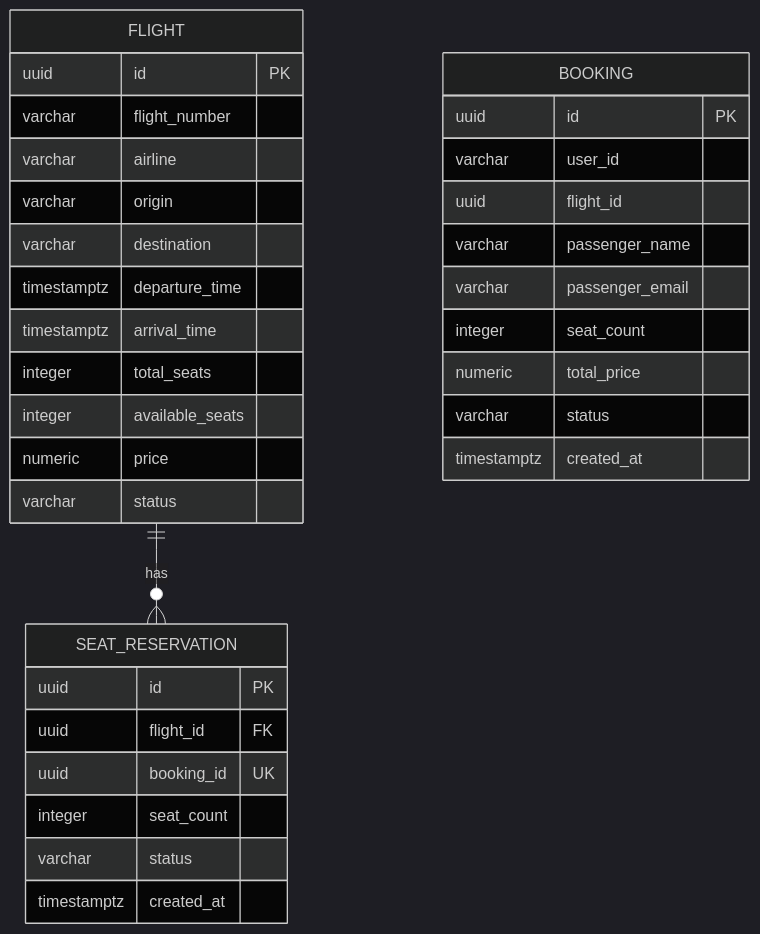
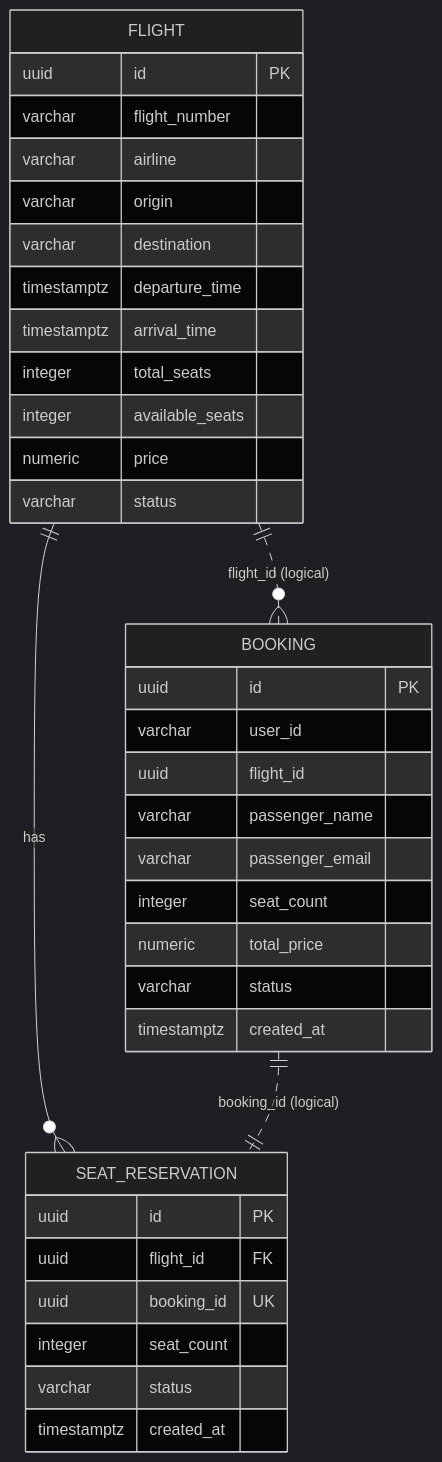
The diagram in docs/schema.md (anecstasiya/flight-booking), drawn with Mermaid (dark theme) before and after one commit. The commit also changed 14 other files, not shown here.

Commit message:
feat: implement flight search and booking lifecycle over gRPC

````diff
--- a/docs/schema.md
+++ b/docs/schema.md
@@ -3,36 +3,38 @@
 ```mermaid
 erDiagram
     FLIGHT ||--o{ SEAT_RESERVATION : has
+    FLIGHT ||..o{ BOOKING : "flight_id (logical)"
+    BOOKING ||..|| SEAT_RESERVATION : "booking_id (logical)"
     FLIGHT {
         uuid id PK
         varchar flight_number
         varchar airline
         varchar origin
         varchar destination
         timestamptz departure_time
         timestamptz arrival_time
         integer total_seats
         integer available_seats
         numeric price
         varchar status
     }
     SEAT_RESERVATION {
         uuid id PK
         uuid flight_id FK
         uuid booking_id UK
         integer seat_count
         varchar status
         timestamptz created_at
     }
     BOOKING {
         uuid id PK
         varchar user_id
         uuid flight_id
         varchar passenger_name
         varchar passenger_email
         integer seat_count
         numeric total_price
         varchar status
         timestamptz created_at
     }
 ```
````
